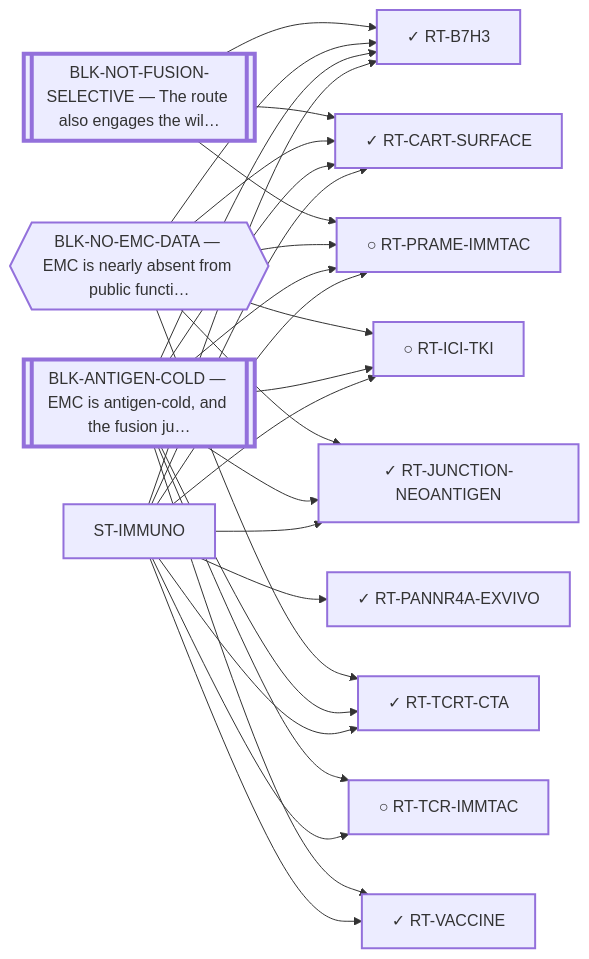
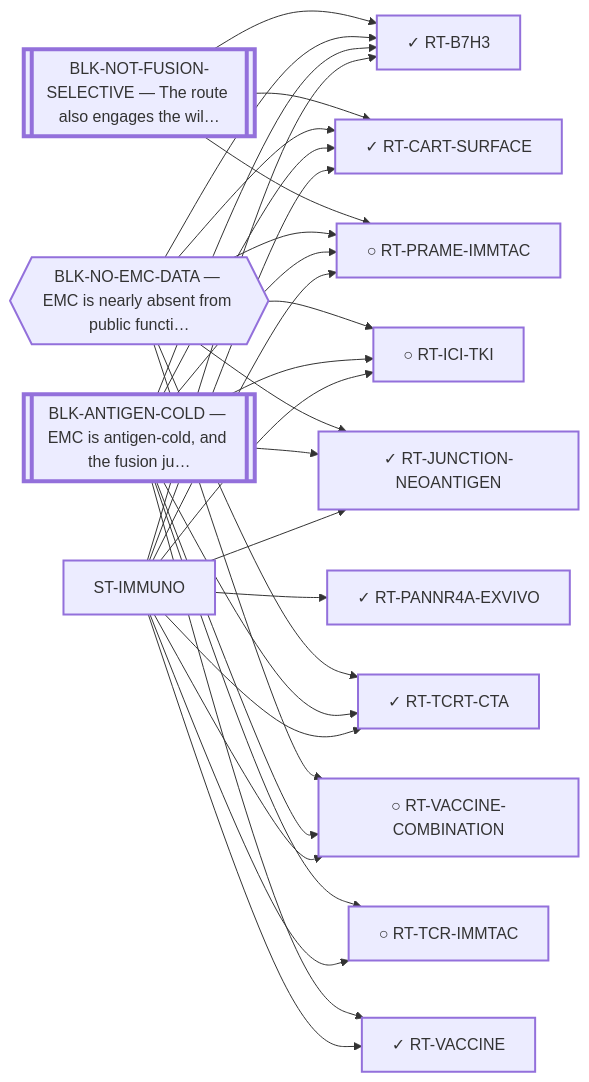
The diagram in systems/views/L1-st-immuno.md (trimcrae/Rare-cancers), drawn with Mermaid before and after one commit. The commit also changed other lines of this file and 13 other files, not shown here.

````diff
--- a/systems/views/L1-st-immuno.md
+++ b/systems/views/L1-st-immuno.md
@@ -35,47 +35,51 @@
 ```mermaid
 flowchart LR
   ST_IMMUNO["ST-IMMUNO"]:::fam
   RT_B7H3["✓ RT-B7H3"]:::fam
   ST_IMMUNO --> RT_B7H3
   RT_CART_SURFACE["✓ RT-CART-SURFACE"]:::fam
   ST_IMMUNO --> RT_CART_SURFACE
   RT_ICI_TKI["○ RT-ICI-TKI"]:::fam
   ST_IMMUNO --> RT_ICI_TKI
   RT_JUNCTION_NEOANTIGEN["✓ RT-JUNCTION-NEOANTIGEN"]:::fam
   ST_IMMUNO --> RT_JUNCTION_NEOANTIGEN
   RT_PANNR4A_EXVIVO["✓ RT-PANNR4A-EXVIVO"]:::fam
   ST_IMMUNO --> RT_PANNR4A_EXVIVO
   RT_PRAME_IMMTAC["○ RT-PRAME-IMMTAC"]:::fam
   ST_IMMUNO --> RT_PRAME_IMMTAC
   RT_TCR_IMMTAC["○ RT-TCR-IMMTAC"]:::fam
   ST_IMMUNO --> RT_TCR_IMMTAC
   RT_TCRT_CTA["✓ RT-TCRT-CTA"]:::fam
   ST_IMMUNO --> RT_TCRT_CTA
   RT_VACCINE["✓ RT-VACCINE"]:::fam
   ST_IMMUNO --> RT_VACCINE
+  RT_VACCINE_COMBINATION["○ RT-VACCINE-COMBINATION"]:::fam
+  ST_IMMUNO --> RT_VACCINE_COMBINATION
 
   BLK_ANTIGEN_COLD[["BLK-ANTIGEN-COLD — EMC is antigen-cold, and the fusion ju…"]]:::perm
   BLK_ANTIGEN_COLD --> RT_B7H3
   BLK_ANTIGEN_COLD --> RT_CART_SURFACE
   BLK_ANTIGEN_COLD --> RT_ICI_TKI
   BLK_ANTIGEN_COLD --> RT_JUNCTION_NEOANTIGEN
   BLK_ANTIGEN_COLD --> RT_PRAME_IMMTAC
   BLK_ANTIGEN_COLD --> RT_TCR_IMMTAC
   BLK_ANTIGEN_COLD --> RT_TCRT_CTA
   BLK_ANTIGEN_COLD --> RT_VACCINE
+  BLK_ANTIGEN_COLD --> RT_VACCINE_COMBINATION
   BLK_NO_EMC_DATA{{"BLK-NO-EMC-DATA — EMC is nearly absent from public functi…"}}:::blk
   BLK_NO_EMC_DATA --> RT_B7H3
   BLK_NO_EMC_DATA --> RT_CART_SURFACE
   BLK_NO_EMC_DATA --> RT_ICI_TKI
   BLK_NO_EMC_DATA --> RT_JUNCTION_NEOANTIGEN
   BLK_NO_EMC_DATA --> RT_PRAME_IMMTAC
   BLK_NO_EMC_DATA --> RT_TCRT_CTA
+  BLK_NO_EMC_DATA --> RT_VACCINE_COMBINATION
   BLK_NOT_FUSION_SELECTIVE[["BLK-NOT-FUSION-SELECTIVE — The route also engages the wil…"]]:::perm
   BLK_NOT_FUSION_SELECTIVE --> RT_B7H3
   BLK_NOT_FUSION_SELECTIVE --> RT_CART_SURFACE
   BLK_NOT_FUSION_SELECTIVE --> RT_PRAME_IMMTAC
   classDef fam stroke-width:2px;
   classDef blk stroke-width:2px;
   classDef perm stroke-width:4px;
   classDef tech stroke-width:1px,stroke-dasharray:4 3;
 ```
````
